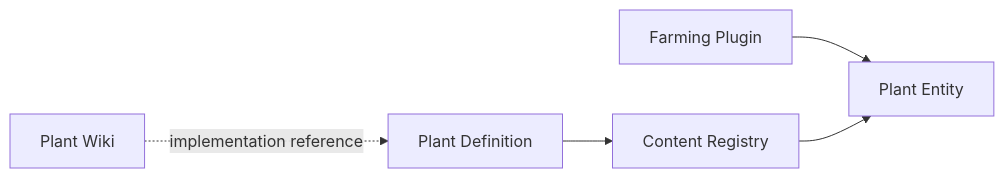
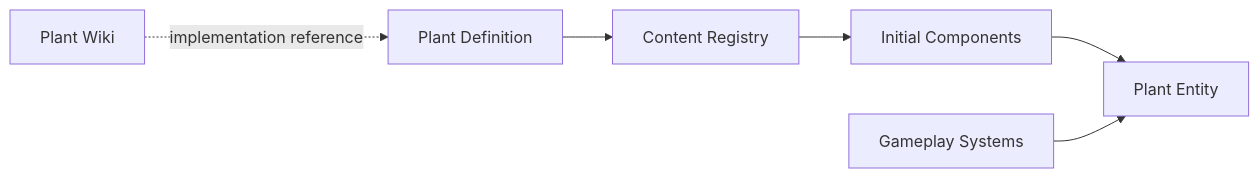
Before and after one commit to Ri0n72Y/idea-slime-bar: the second of 2 diagrams in architecture/content-system.md, drawn with Mermaid. The commit also changed other lines of this file, not shown here.

Commit message:
architecture: align content plugins with systems

````diff
--- a/architecture/content-system.md
+++ b/architecture/content-system.md
@@ -64,13 +74,15 @@
 ```mermaid
 flowchart LR
     Docs[Plant Wiki]
     Definition[Plant Definition]
     Registry[Content Registry]
-    Farming[Farming Plugin]
-    Instance[Plant Entity]
+    Components[Initial Components]
+    Systems[Gameplay Systems]
+    Entity[Plant Entity]
 
     Docs -. implementation reference .-> Definition
     Definition --> Registry
-    Farming --> Instance
-    Registry --> Instance
+    Registry --> Components
+    Components --> Entity
+    Systems --> Entity
 ```
````
